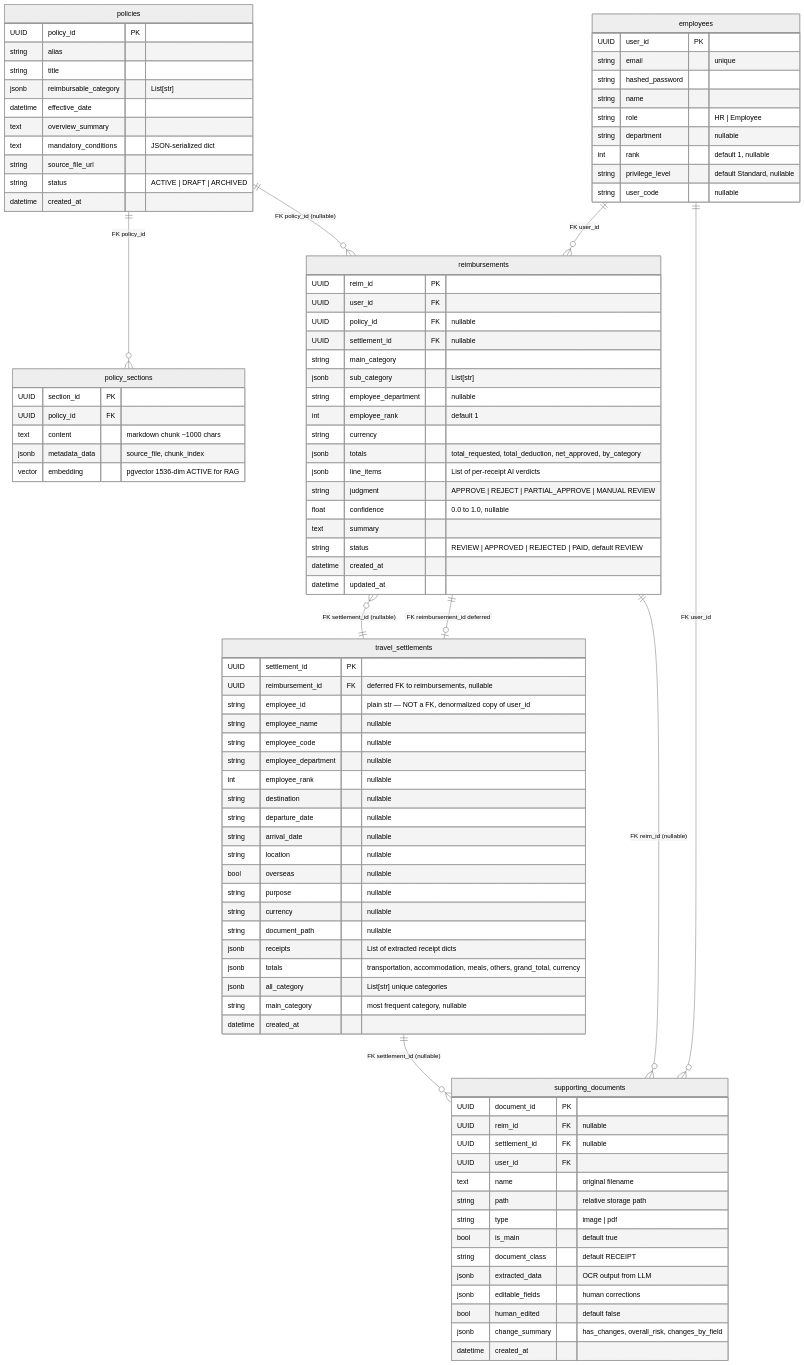
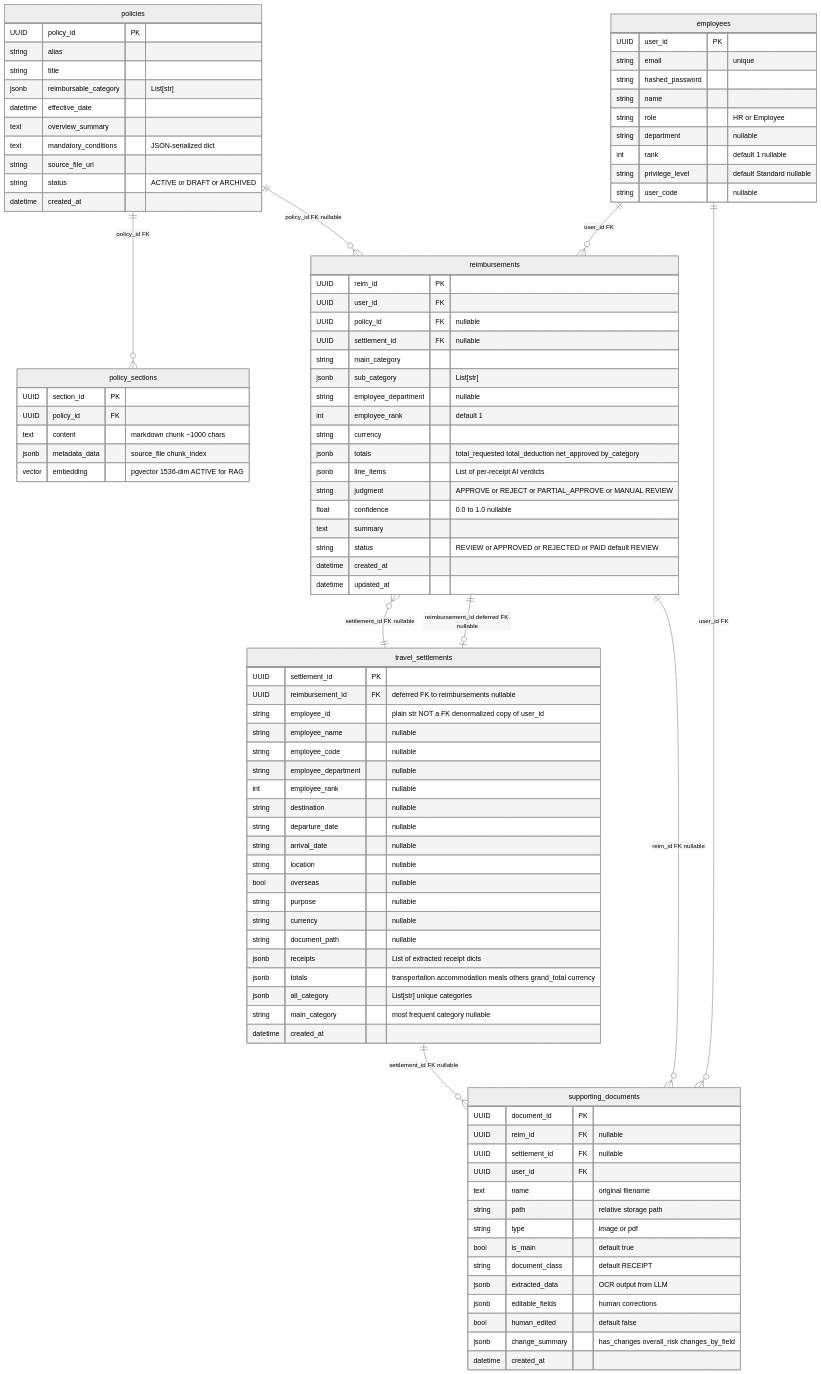
One commit to michaelzhngg/PayPal changed the fifth of 6 diagrams in docs/ai-templates/sad/SAD_Mermaid_Diagram.md. Above: the diagram before and after it, drawn with Mermaid (neutral theme). The commit also changed other lines of this file and 1 other file, not shown here.

Commit message:
docs: SAD diagram update

````diff
--- a/docs/ai-templates/sad/SAD_Mermaid_Diagram.md
+++ b/docs/ai-templates/sad/SAD_Mermaid_Diagram.md
@@ -225,10 +214,10 @@
         string email "unique"
         string hashed_password
         string name
-        string role "HR | Employee"
+        string role "HR or Employee"
         string department "nullable"
-        int rank "default 1, nullable"
-        string privilege_level "default Standard, nullable"
+        int rank "default 1 nullable"
+        string privilege_level "default Standard nullable"
         string user_code "nullable"
     }
 
@@ -241,7 +230,7 @@
         text overview_summary
         text mandatory_conditions "JSON-serialized dict"
         string source_file_url
-        string status "ACTIVE | DRAFT | ARCHIVED"
+        string status "ACTIVE or DRAFT or ARCHIVED"
         datetime created_at
     }
 
@@ -249,14 +238,14 @@
         UUID section_id PK
         UUID policy_id FK
         text content "markdown chunk ~1000 chars"
-        jsonb metadata_data "source_file, chunk_index"
+        jsonb metadata_data "source_file chunk_index"
         vector embedding "pgvector 1536-dim ACTIVE for RAG"
     }
 
     travel_settlements {
         UUID settlement_id PK
-        UUID reimbursement_id FK "deferred FK to reimbursements, nullable"
-        string employee_id "plain str — NOT a FK, denormalized copy of user_id"
+        UUID reimbursement_id FK "deferred FK to reimbursements nullable"
+        string employee_id "plain str NOT a FK denormalized copy of user_id"
         string employee_name "nullable"
         string employee_code "nullable"
         string employee_department "nullable"
@@ -270,9 +259,9 @@
         string currency "nullable"
         string document_path "nullable"
         jsonb receipts "List of extracted receipt dicts"
-        jsonb totals "transportation, accommodation, meals, others, grand_total, currency"
+        jsonb totals "transportation accommodation meals others grand_total currency"
         jsonb all_category "List[str] unique categories"
-        string main_category "most frequent category, nullable"
+        string main_category "most frequent category nullable"
         datetime created_at
     }
 
@@ -286,12 +275,12 @@
         string employee_department "nullable"
         int employee_rank "default 1"
         string currency
-        jsonb totals "total_requested, total_deduction, net_approved, by_category"
+        jsonb totals "total_requested total_deduction net_approved by_category"
         jsonb line_items "List of per-receipt AI verdicts"
-        string judgment "APPROVE | REJECT | PARTIAL_APPROVE | MANUAL REVIEW"
-        float confidence "0.0 to 1.0, nullable"
+        string judgment "APPROVE or REJECT or PARTIAL_APPROVE or MANUAL REVIEW"
+        float confidence "0.0 to 1.0 nullable"
         text summary
-        string status "REVIEW | APPROVED | REJECTED | PAID, default REVIEW"
+        string status "REVIEW or APPROVED or REJECTED or PAID default REVIEW"
         datetime created_at
         datetime updated_at
     }
@@ -303,22 +292,22 @@
         UUID user_id FK
         text name "original filename"
         string path "relative storage path"
-        string type "image | pdf"
+        string type "image or pdf"
         bool is_main "default true"
         string document_class "default RECEIPT"
         jsonb extracted_data "OCR output from LLM"
         jsonb editable_fields "human corrections"
         bool human_edited "default false"
-        jsonb change_summary "has_changes, overall_risk, changes_by_field"
+        jsonb change_summary "has_changes overall_risk changes_by_field"
         datetime created_at
     }
 
-    employees ||--o{ reimbursements : "FK user_id"
-    employees ||--o{ supporting_documents : "FK user_id"
-    policies ||--o{ policy_sections : "FK policy_id"
-    policies ||--o{ reimbursements : "FK policy_id (nullable)"
-    reimbursements ||--o{ supporting_documents : "FK reim_id (nullable)"
-    reimbursements ||--o| travel_settlements : "FK reimbursement_id deferred"
-    travel_settlements ||--o{ supporting_documents : "FK settlement_id (nullable)"
-    reimbursements }o--|| travel_settlements : "FK settlement_id (nullable)"
+    employees ||--o{ reimbursements : "user_id FK"
+    employees ||--o{ supporting_documents : "user_id FK"
+    policies ||--o{ policy_sections : "policy_id FK"
+    policies ||--o{ reimbursements : "policy_id FK nullable"
+    reimbursements ||--o{ supporting_documents : "reim_id FK nullable"
+    reimbursements ||--o| travel_settlements : "reimbursement_id deferred FK nullable"
+    travel_settlements ||--o{ supporting_documents : "settlement_id FK nullable"
+    reimbursements }o--|| travel_settlements : "settlement_id FK nullable"
 ```
````
